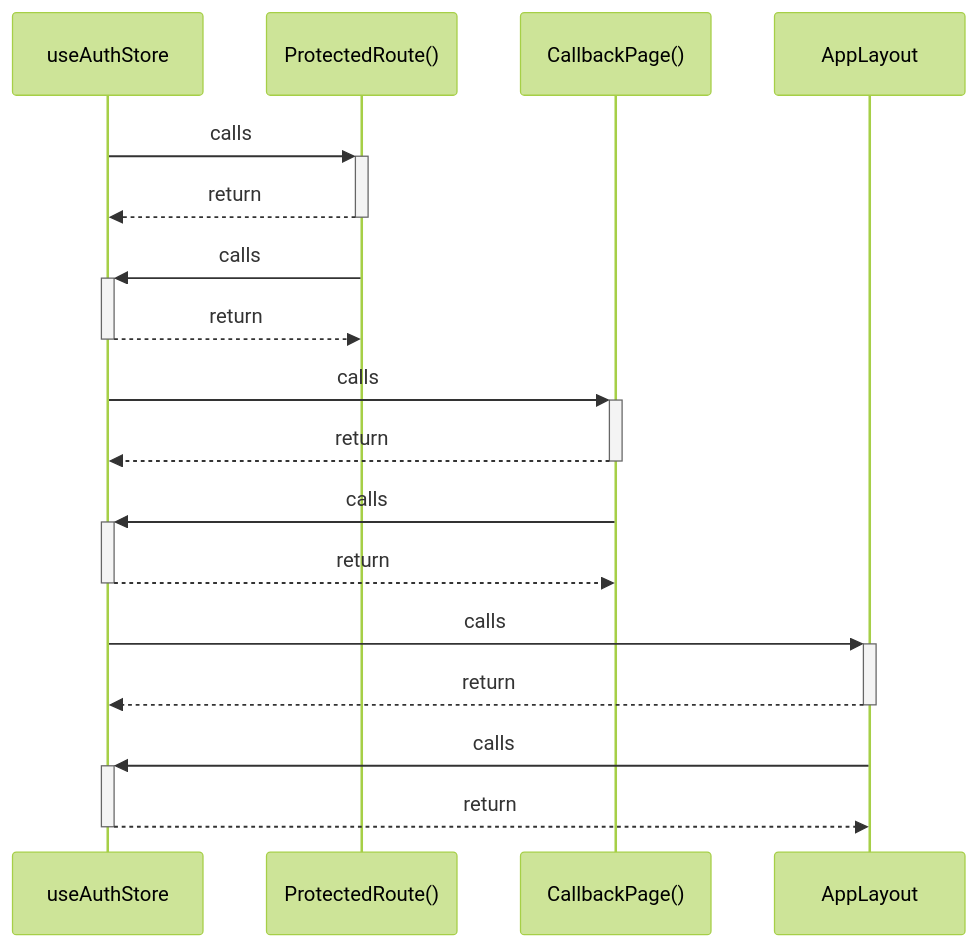
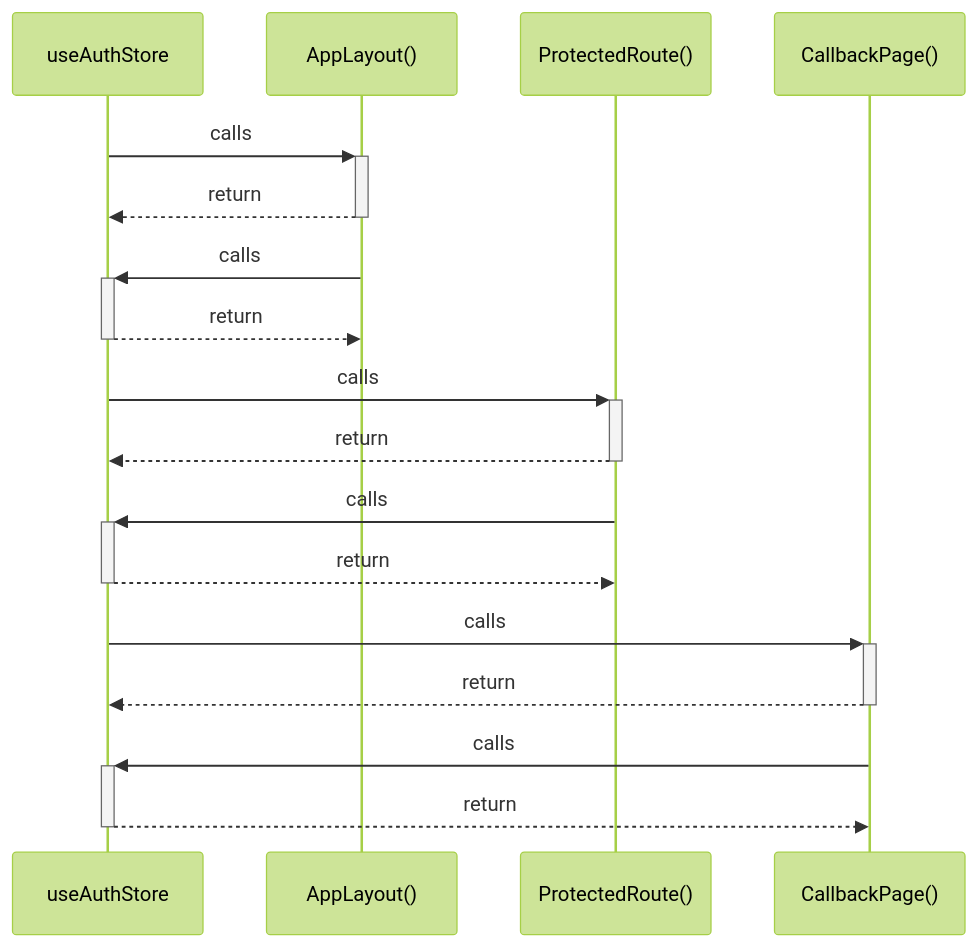
Before and after one commit to FY72X9/i-can-app: the diagram in graphify-out/wiki/useAuthStore.md, drawn with Mermaid (forest theme). The commit also changed other lines of this file and 35 other files, not shown here.

Commit message:
chore: generate project knowledge graph documentation and presentation materials

````diff
--- a/graphify-out/wiki/useAuthStore.md
+++ b/graphify-out/wiki/useAuthStore.md
@@ -7,19 +7,19 @@
 ```mermaid
 sequenceDiagram
     participant P0 as useAuthStore
-    participant P1 as ProtectedRoute()
-    participant P2 as CallbackPage()
-    participant P3 as AppLayout
+    participant P1 as AppLayout()
+    participant P2 as ProtectedRoute()
+    participant P3 as CallbackPage()
     P0->>+ P1: calls
     P1-->>- P0: return
     P1->>+ P0: calls
     P0-->>- P1: return
     P0->>+ P2: calls
     P2-->>- P0: return
     P2->>+ P0: calls
     P0-->>- P2: return
     P0->>+ P3: calls
     P3-->>- P0: return
     P3->>+ P0: calls
     P0-->>- P3: return
 ```
````
